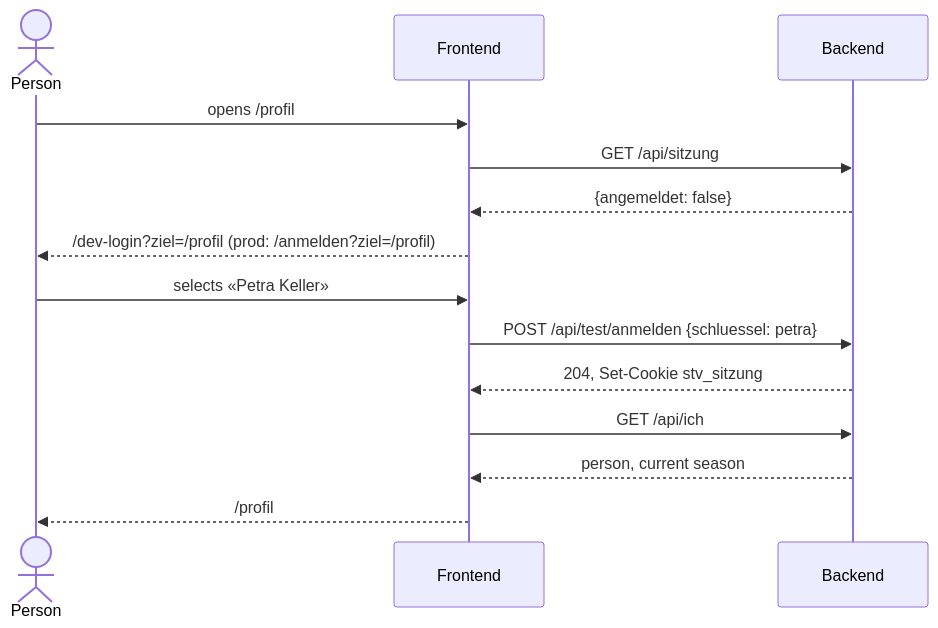
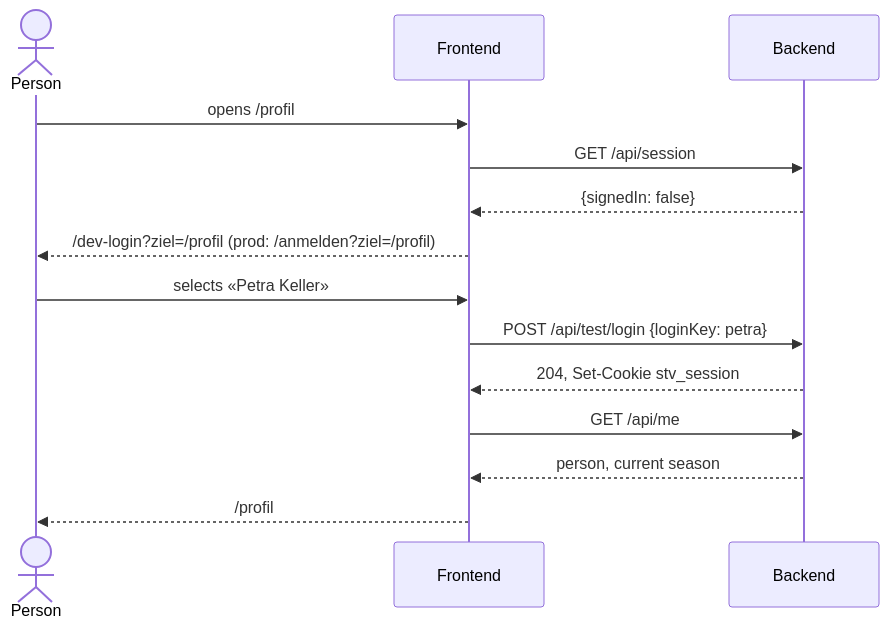
The tenth of 13 diagrams in docs/states.md (cyrilleulmi/StvBeroPlatform), drawn with Mermaid before and after one commit. The commit also changed other lines of this file and 435 other files, not shown here.

````diff
--- a/docs/states.md
+++ b/docs/states.md
@@ -272,16 +272,16 @@
 ```mermaid
 sequenceDiagram
     actor P as Person
     participant F as Frontend
     participant B as Backend
     P->>F: opens /profil
-    F->>B: GET /api/sitzung
-    B-->>F: {angemeldet: false}
+    F->>B: GET /api/session
+    B-->>F: {signedIn: false}
     F-->>P: /dev-login?ziel=/profil (prod: /anmelden?ziel=/profil)
     P->>F: selects «Petra Keller»
-    F->>B: POST /api/test/anmelden {schluessel: petra}
-    B-->>F: 204, Set-Cookie stv_sitzung
-    F->>B: GET /api/ich
+    F->>B: POST /api/test/login {loginKey: petra}
+    B-->>F: 204, Set-Cookie stv_session
+    F->>B: GET /api/me
     B-->>F: person, current season
     F-->>P: /profil
 ```
````
